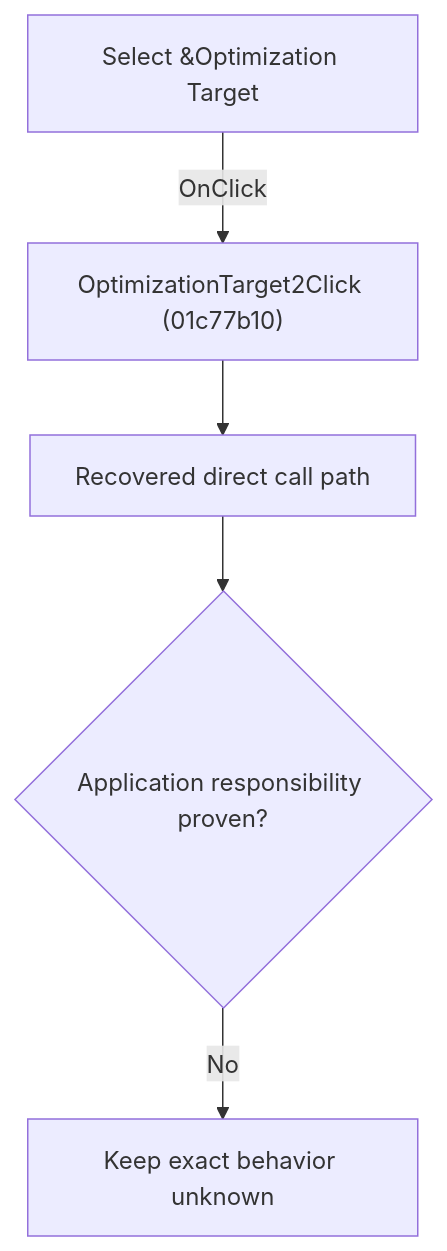
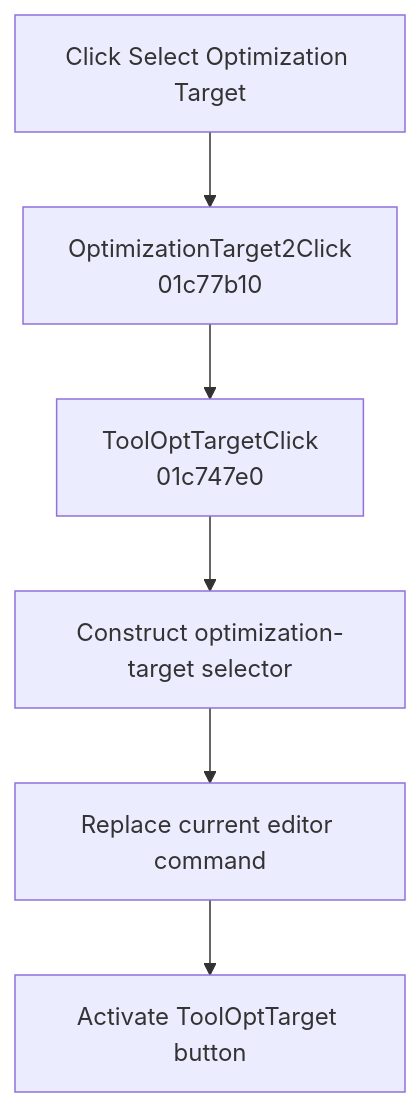
One commit to MovGP0/TIARA changed the diagram in docs/ui-controls/schematiceditor/optimizationtarget2-112eeeeb2c.md. Above: the diagram before and after it, drawn with Mermaid. The commit also changed other lines of this file and 241 other files, not shown here.

````diff
--- a/docs/ui-controls/schematiceditor/optimizationtarget2-112eeeeb2c.md
+++ b/docs/ui-controls/schematiceditor/optimizationtarget2-112eeeeb2c.md
@@ -27,7 +29,8 @@
 ```mermaid
 flowchart TD
-    control["Select &Optimization Target"] -->|"OnClick"| handler["OptimizationTarget2Click (01c77b10)"]
-    handler --> recovered["Recovered direct call path"]
-    recovered --> gap{"Application responsibility proven?"}
-    gap -->|"No"| blocked["Keep exact behavior unknown"]
+    control["Click Select Optimization Target"] --> wrapper["OptimizationTarget2Click<br/>01c77b10"]
+    wrapper --> handler["ToolOptTargetClick<br/>01c747e0"]
+    handler --> create["Construct optimization-target selector"]
+    create --> replace["Replace current editor command"]
+    replace --> activate["Activate ToolOptTarget button"]
 ```
````
